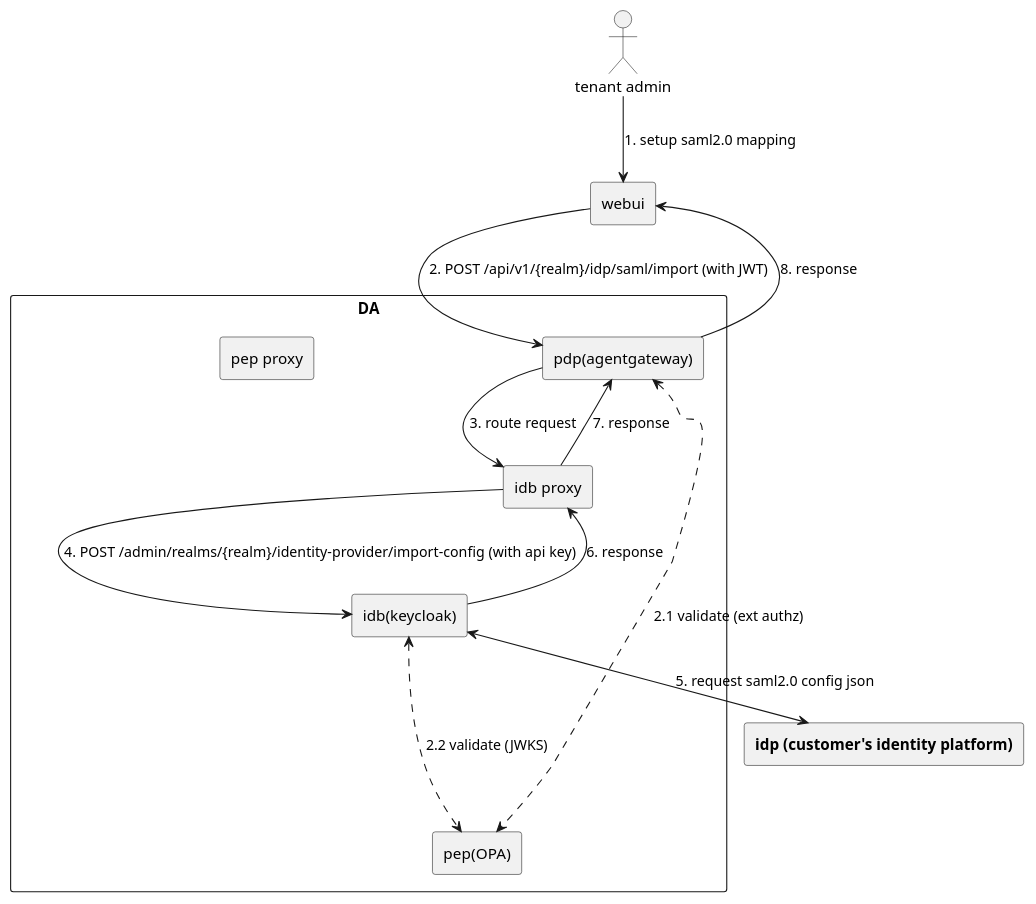
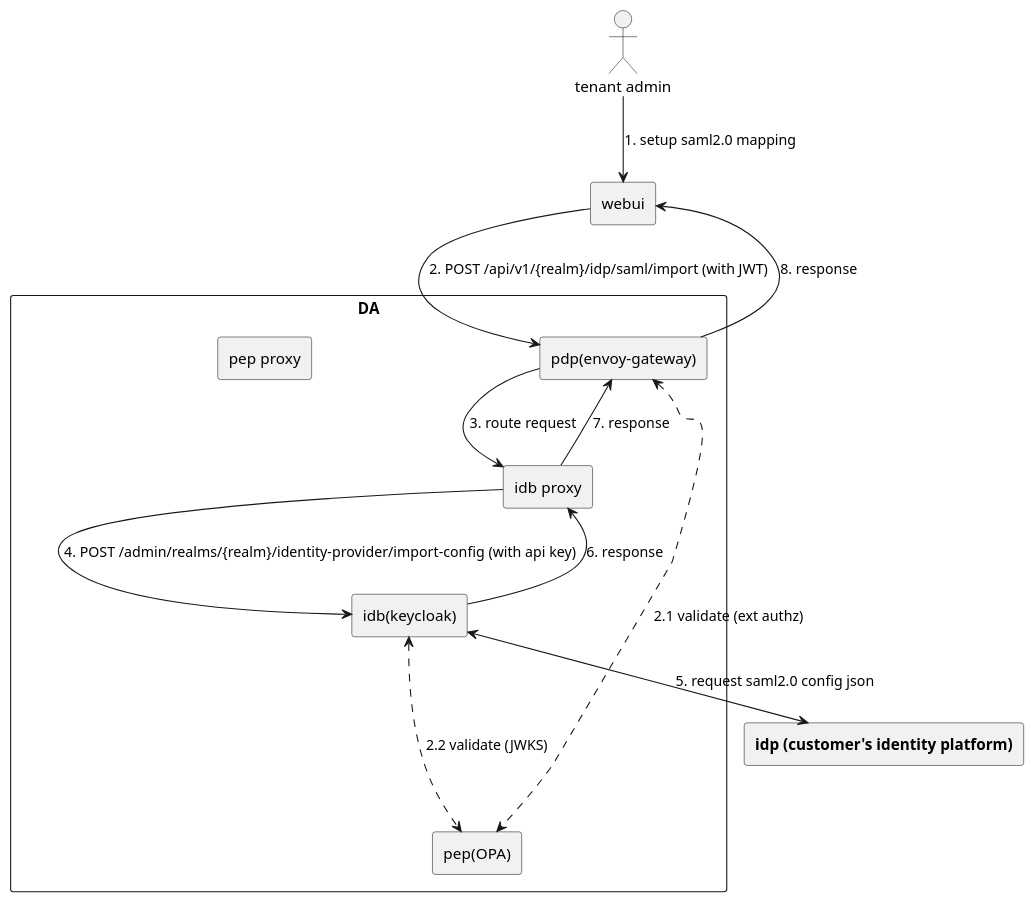
The second of 17 diagrams in da-cluster/docs/design-specification.md (xiewanchao/aidp-iam), drawn with PlantUML before and after one commit. The commit also changed other lines of this file and 47 other files, not shown here.

First line of the commit message:
feat: migrate gateway from AgentGateway to Envoy Gateway v1.7.0

````diff
--- a/da-cluster/docs/design-specification.md
+++ b/da-cluster/docs/design-specification.md
@@ -104,24 +104,24 @@
 ```plantuml
 @startuml
 actor "tenant admin" as sa
 rectangle "**idp (customer's identity platform)**" as idp
 rectangle "webui" as ui
 rectangle "DA" {
-    rectangle "pdp(agentgateway)" as pdp
+    rectangle "pdp(envoy-gateway)" as pdp
     rectangle "idb(keycloak)" as idb
     rectangle "idb proxy" as idbp
     rectangle "pep(OPA)" as pep
     rectangle "pep proxy" as pepp
 }
 sa --> ui: 1. setup saml2.0 mapping
 ui --> pdp: 2. POST /api/v1/{realm}/idp/saml/import (with JWT)
 pdp <..> pep: 2.1 validate (ext authz)
 idb <...> pep: 2.2 validate (JWKS)
 pdp --> idbp: 3. route request
 idbp --> idb: 4. POST /admin/realms/{realm}/identity-provider/import-config (with api key)
 idb <--> idp: 5. request saml2.0 config json
 idbp <-- idb: 6. response
 pdp <-- idbp: 7. response
 ui <-- pdp: 8. response
 @enduml
 ```
````
